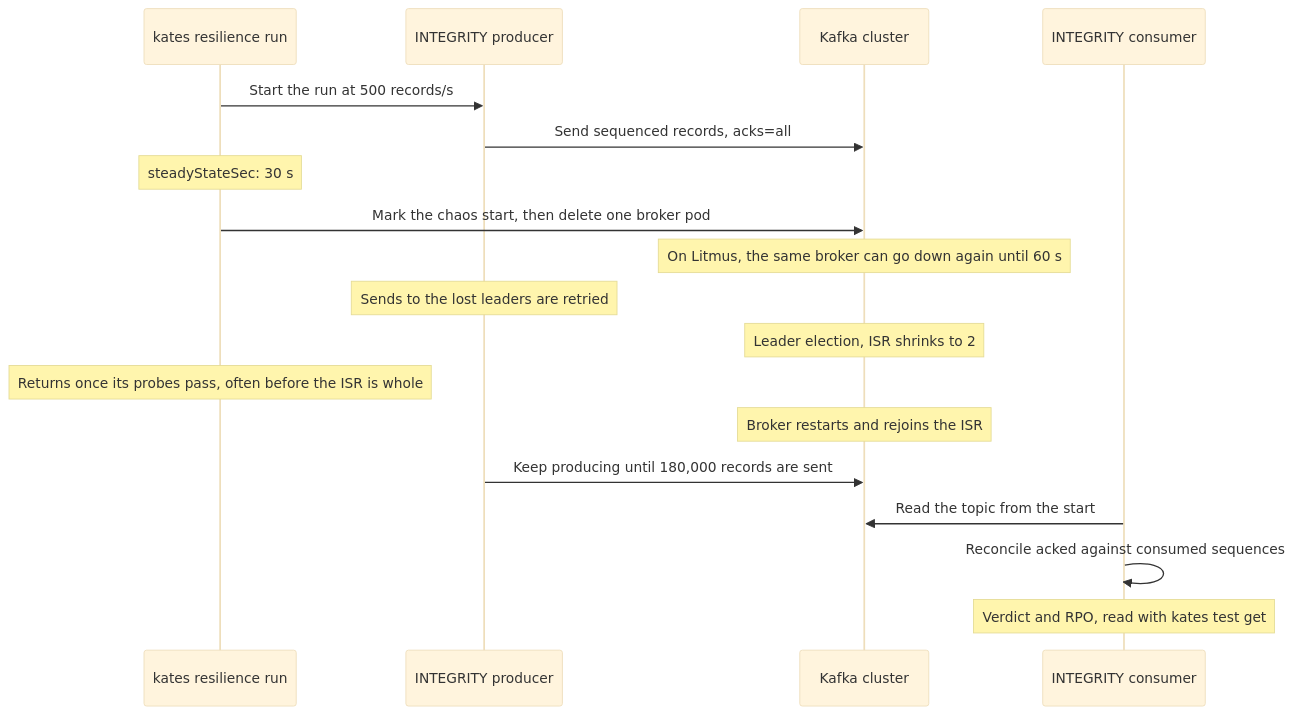
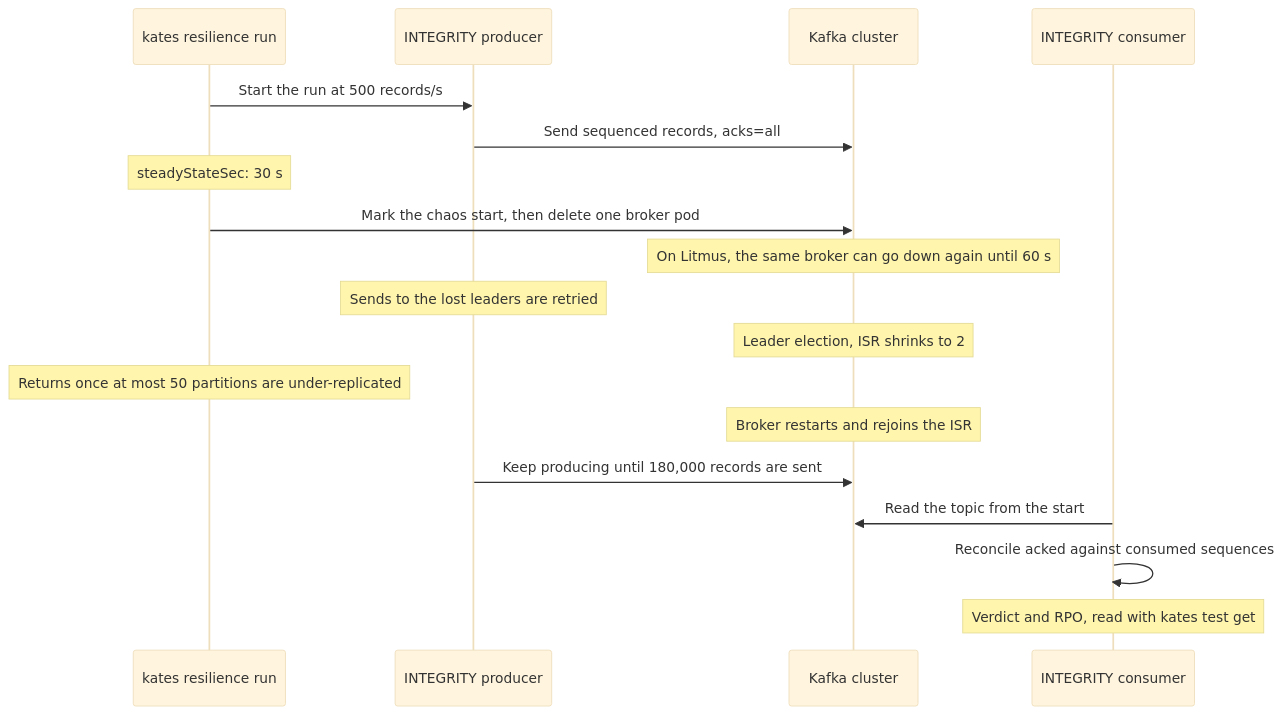
One commit to actions-marketplace-validations/bmscomp_kates changed the third of 3 diagrams in docs/book/08-data-integrity.md. Above: the diagram before and after it, drawn with Mermaid (base theme). The commit also changed other lines of this file and 38 other files, not shown here.

First line of the commit message:
fix(chaos): the built-in Kafka probes ask the cluster, and a probe that cannot run fails (#334)

````diff
--- a/docs/book/08-data-integrity.md
+++ b/docs/book/08-data-integrity.md
@@ -238,24 +238,24 @@
 ```mermaid
 %%| label: fig-integrity-under-chaos
-%%| fig-cap: "`kates resilience run` starts the INTEGRITY run, marks the chaos start and deletes a broker pod, and can return before the ISR is whole; the verdict and RPO come later, from the INTEGRITY run itself."
-%%| fig-alt: "Sequence diagram with kates resilience run, the INTEGRITY producer, the Kafka cluster and the INTEGRITY consumer. The resilience run starts the producer at 500 records per second, and the producer sends sequenced records with acks=all. After 30 seconds of steady state, the resilience run marks the chaos start and deletes one broker pod, and, on LitmusChaos, the same broker can be deleted again until 60 seconds. Sends to the lost leaders are retried, a leader election runs and the ISR shrinks to 2. The resilience run returns once its probes pass, often before the ISR is whole. The broker restarts and rejoins the ISR, and the producer keeps going until 180,000 records are sent. The consumer then reads the topic from the start and reconciles acknowledged against consumed sequences, and the verdict and RPO are read with kates test get."
+%%| fig-cap: "`kates resilience run` starts the INTEGRITY run, marks the chaos start and deletes a broker pod, and returns once at most 50 partitions are under-replicated; the verdict and RPO come later, from the INTEGRITY run itself."
+%%| fig-alt: "Sequence diagram with kates resilience run, the INTEGRITY producer, the Kafka cluster and the INTEGRITY consumer. The resilience run starts the producer at 500 records per second, and the producer sends sequenced records with acks=all. After 30 seconds of steady state, the resilience run marks the chaos start and deletes one broker pod, and, on LitmusChaos, the same broker can be deleted again until 60 seconds. Sends to the lost leaders are retried, a leader election runs and the ISR shrinks to 2. The resilience run returns once its probes pass, when at most 50 partitions are under-replicated. The broker restarts and rejoins the ISR, and the producer keeps going until 180,000 records are sent. The consumer then reads the topic from the start and reconciles acknowledged against consumed sequences, and the verdict and RPO are read with kates test get."
 sequenceDiagram
     participant Res as kates resilience run
     participant Producer as INTEGRITY producer
     participant Kafka as Kafka cluster
     participant Consumer as INTEGRITY consumer
 
     Res->>Producer: Start the run at 500 records/s
     Producer->>Kafka: Send sequenced records, acks=all
     Note over Res: steadyStateSec: 30 s
     Res->>Kafka: Mark the chaos start, then delete one broker pod
     Note over Kafka: On Litmus, the same broker can go down again until 60 s
     Note over Producer: Sends to the lost leaders are retried
     Note over Kafka: Leader election, ISR shrinks to 2
-    Note over Res: Returns once its probes pass, often before the ISR is whole
+    Note over Res: Returns once at most 50 partitions are under-replicated
     Note over Kafka: Broker restarts and rejoins the ISR
     Producer->>Kafka: Keep producing until 180,000 records are sent
     Consumer->>Kafka: Read the topic from the start
     Consumer->>Consumer: Reconcile acked against consumed sequences
     Note over Consumer: Verdict and RPO, read with kates test get
 ```
````
